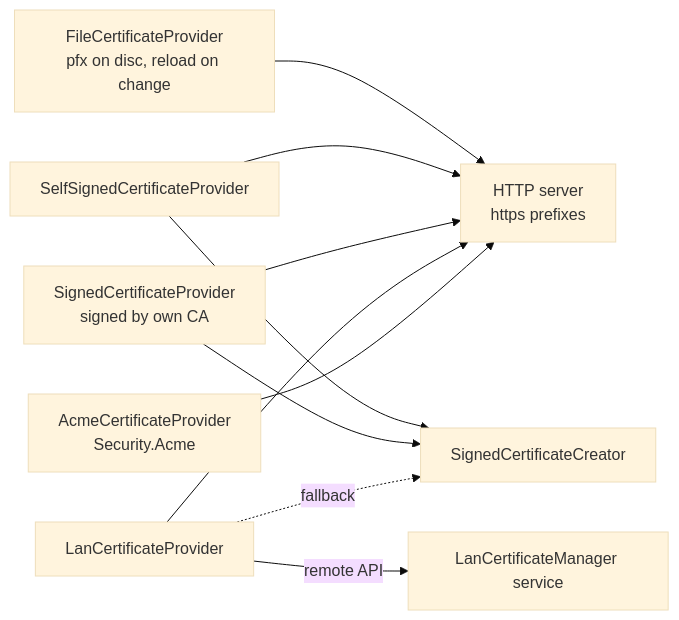
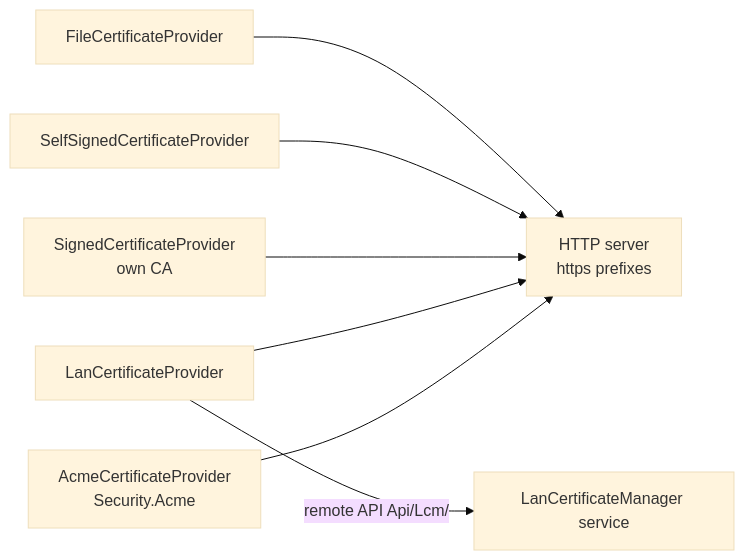
One commit to dosh1974/SysWeaver changed the diagram in SysWeaver.Security/README.md. Above: the diagram before and after it, drawn with Mermaid (base theme). The commit also changed other lines of this file and 532 other files, not shown here.

````diff
--- a/SysWeaver.Security/README.md
+++ b/SysWeaver.Security/README.md
@@ -18,12 +18,9 @@
 ```mermaid
 flowchart LR
-  File["FileCertificateProvider<br/>pfx on disc, reload on change"] --> Srv["HTTP server<br/>https prefixes"]
+  File["FileCertificateProvider"] --> Srv["HTTP server<br/>https prefixes"]
   Self["SelfSignedCertificateProvider"] --> Srv
-  Signed["SignedCertificateProvider<br/>signed by own CA"] --> Srv
+  Signed["SignedCertificateProvider<br/>own CA"] --> Srv
   Lan["LanCertificateProvider"] --> Srv
   Acme["AcmeCertificateProvider<br/>Security.Acme"] --> Srv
-  Lan -->|remote API| LCM["LanCertificateManager service"]
-  Self --> Creator["SignedCertificateCreator"]
-  Signed --> Creator
-  Lan -.->|fallback| Creator
+  Lan -->|"remote API Api/Lcm/"| LCM["LanCertificateManager service"]
 ```
````
